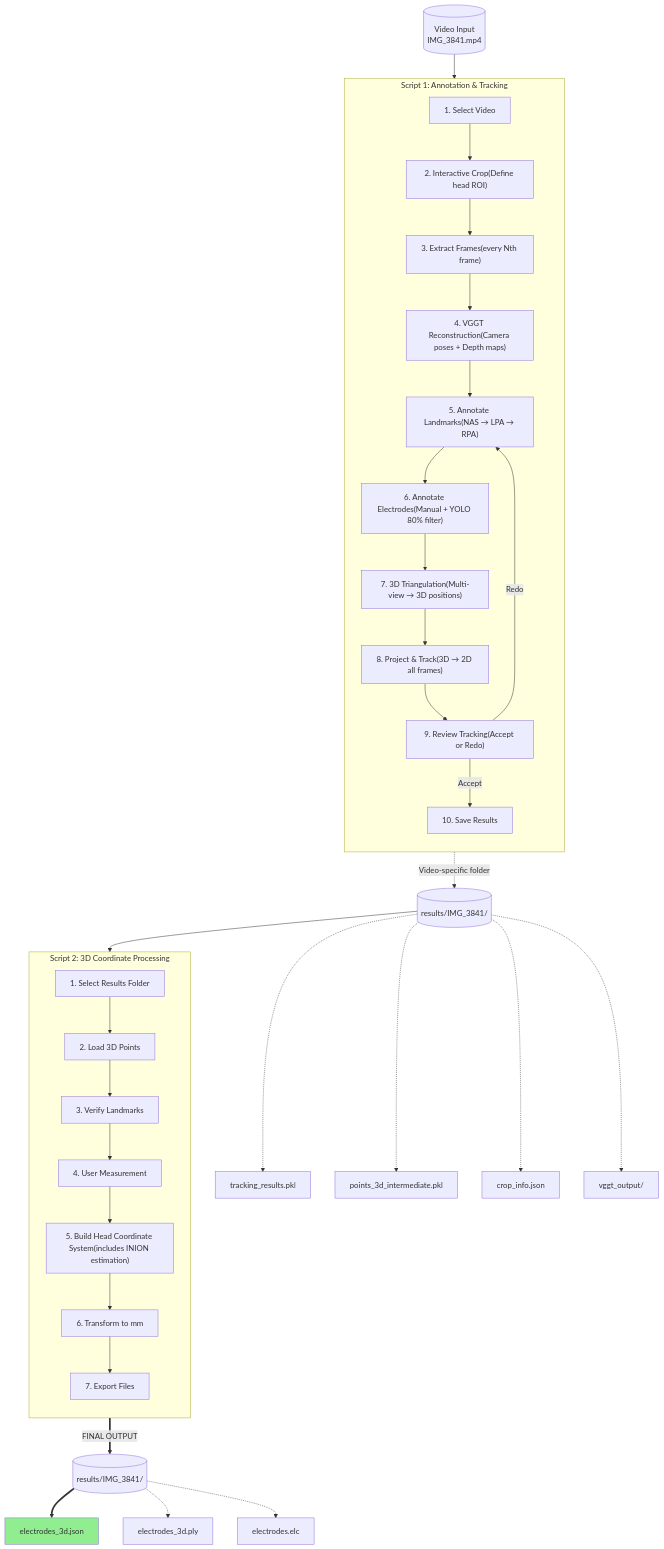
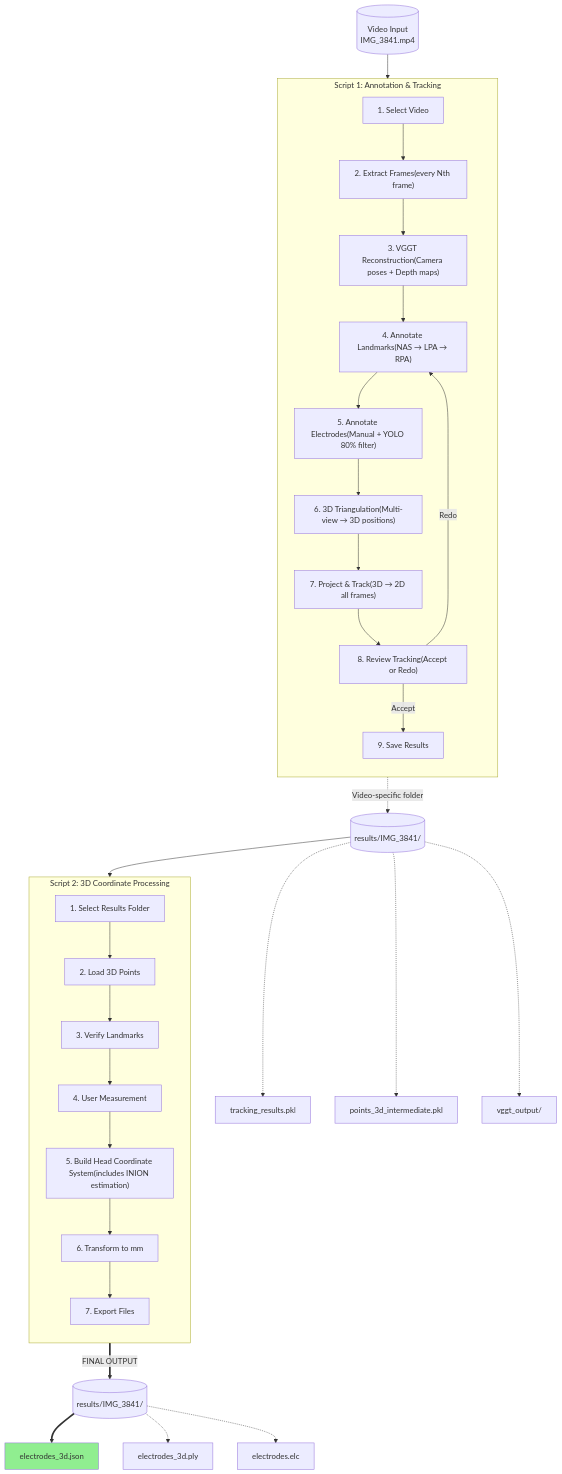
One commit to evrim06/video-eeg-electrode-registration changed the first of 2 diagrams in README.md. Above: the diagram before and after it, drawn with Mermaid. The commit also changed other lines of this file and 26 other files, not shown here.

````diff
--- a/README.md
+++ b/README.md
@@ -33,63 +33,60 @@
 ```mermaid
 flowchart TD
     Video[("Video Input<br>IMG_3841.mp4")]
 
     subgraph Script1 ["Script 1: Annotation & Tracking"]
         direction TB
         Select["1. Select Video"]
-        Crop["2. Interactive Crop(Define head ROI)"]
-        Extract["3. Extract Frames(every Nth frame)"]
-        VGGT["4. VGGT Reconstruction(Camera poses + Depth maps)"]
-        Landmarks["5. Annotate Landmarks(NAS → LPA → RPA)"]
-        Electrodes["6. Annotate Electrodes(Manual + YOLO 80% filter)"]
-        Triangulate["7. 3D Triangulation(Multi-view → 3D positions)"]
-        Project["8. Project & Track(3D → 2D all frames)"]
-        Review["9. Review Tracking(Accept or Redo)"]
-        Save["10. Save Results"]
+        Extract["2. Extract Frames(every Nth frame)"]
+        VGGT["3. VGGT Reconstruction(Camera poses + Depth maps)"]
+        Landmarks["4. Annotate Landmarks(NAS → LPA → RPA)"]
+        Electrodes["5. Annotate Electrodes(Manual + YOLO 80% filter)"]
+        Triangulate["6. 3D Triangulation(Multi-view → 3D positions)"]
+        Project["7. Project & Track(3D → 2D all frames)"]
+        Review["8. Review Tracking(Accept or Redo)"]
+        Save["9. Save Results"]
         
-        Select --> Crop
-        Crop --> Extract
+        Select --> Extract
         Extract --> VGGT
         VGGT --> Landmarks
         Landmarks --> Electrodes
         Electrodes --> Triangulate
         Triangulate --> Project
         Project --> Review
         Review -->|Accept| Save
         Review -->|Redo| Landmarks
     end
 
     Video --> Select
     Save -.->|"Video-specific folder"| ResultsFolder[("results/IMG_3841/")]
     ResultsFolder -.-> TrackPkl["tracking_results.pkl"]
     ResultsFolder -.-> Points3D["points_3d_intermediate.pkl"]
-    ResultsFolder -.-> CropInfo["crop_info.json"]
     ResultsFolder -.-> VGGTDir["vggt_output/"]
 
     subgraph Script2 ["Script 2: 3D Coordinate Processing"]
         direction TB
         SelectRes["1. Select Results Folder"]
         Load3D["2. Load 3D Points"]
         Verify["3. Verify Landmarks"]
         Measure["4. User Measurement"]
         HeadCoord["5. Build Head Coordinate System(includes INION estimation)"]
         Scale["6. Transform to mm"]
         Export["7. Export Files"]
         
         SelectRes --> Load3D
         Load3D --> Verify
         Verify --> Measure
         Measure --> HeadCoord
         HeadCoord --> Scale
         Scale --> Export
     end
 
     ResultsFolder --> SelectRes
     
     Export ==>|"FINAL OUTPUT"| FinalFolder[("results/IMG_3841/")]
     FinalFolder ==> FinalJson["electrodes_3d.json"]
     FinalFolder -.-> FinalPly["electrodes_3d.ply"]
     FinalFolder -.-> FinalElc["electrodes.elc"]
     
     style FinalJson fill:#90EE90
 ```
````
